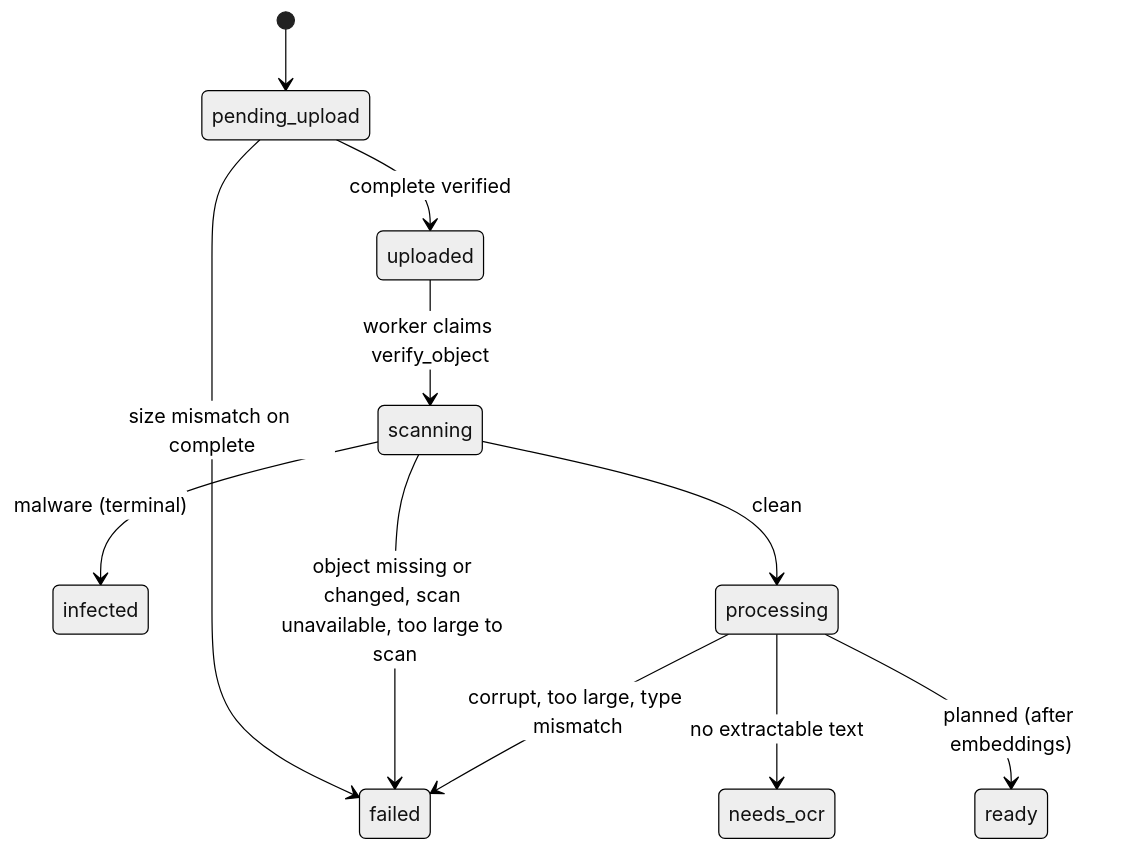
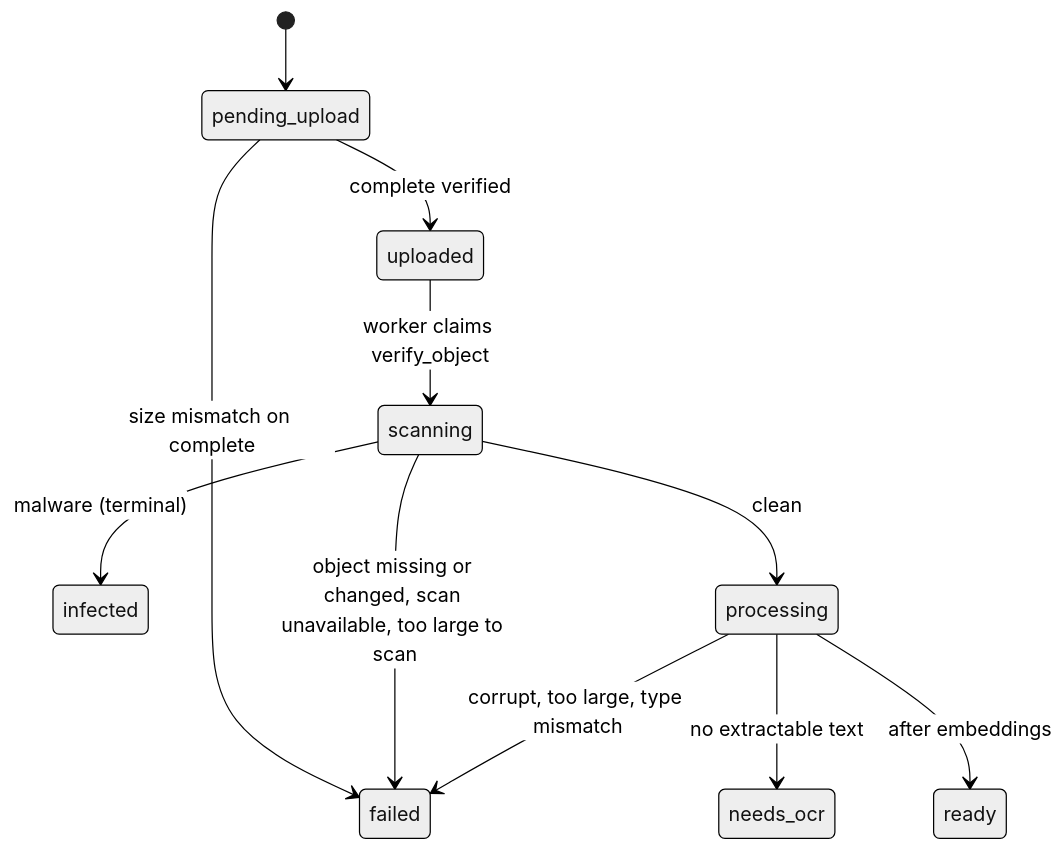
The fourth of 4 diagrams in docs/architecture.md (manan-77/clouddrop), drawn with Mermaid (neutral theme) before and after one commit. The commit also changed other lines of this file and 21 other files, not shown here.

````diff
--- a/docs/architecture.md
+++ b/docs/architecture.md
@@ -62,13 +62,13 @@
 ```mermaid
 stateDiagram-v2
   [*] --> pending_upload
   pending_upload --> uploaded: complete verified
   pending_upload --> failed: size mismatch on complete
   uploaded --> scanning: worker claims verify_object
   scanning --> failed: object missing or changed, scan unavailable, too large to scan
   scanning --> infected: malware (terminal)
   scanning --> processing: clean
   processing --> failed: corrupt, too large, type mismatch
   processing --> needs_ocr: no extractable text
-  processing --> ready: planned (after embeddings)
+  processing --> ready: after embeddings
 ```
````
